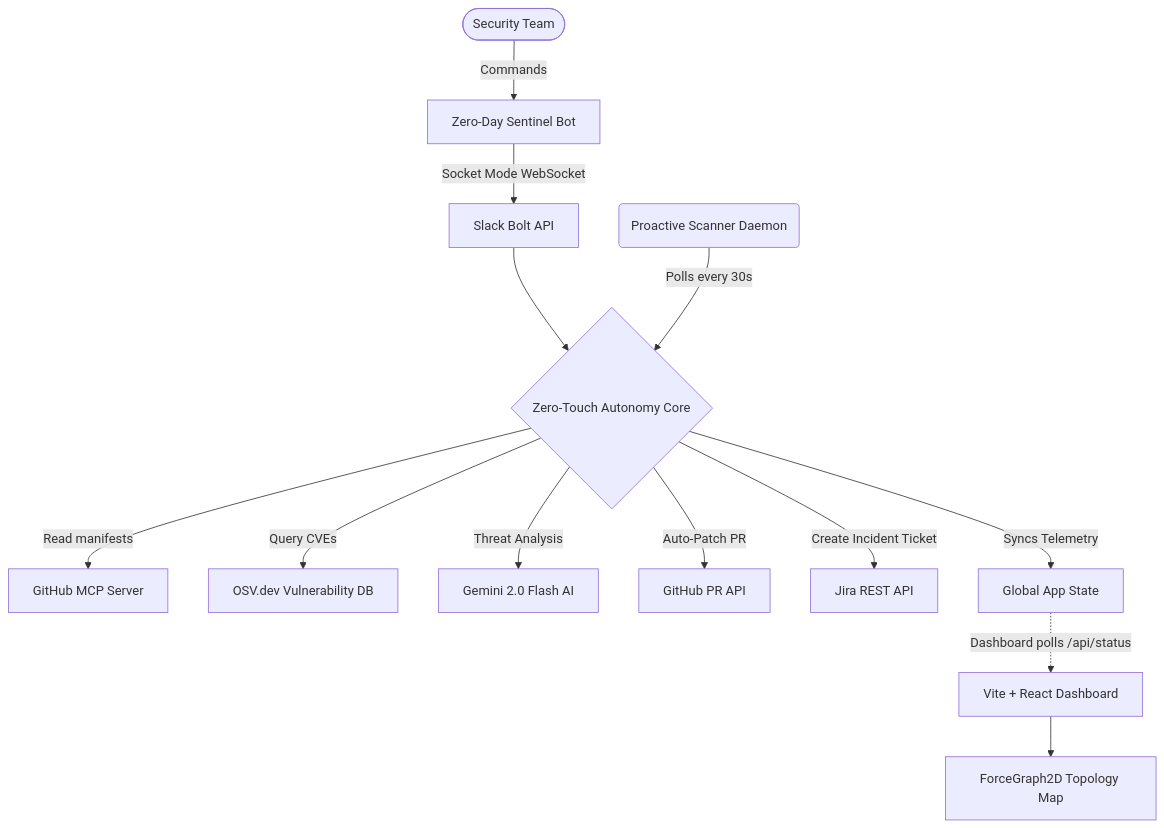
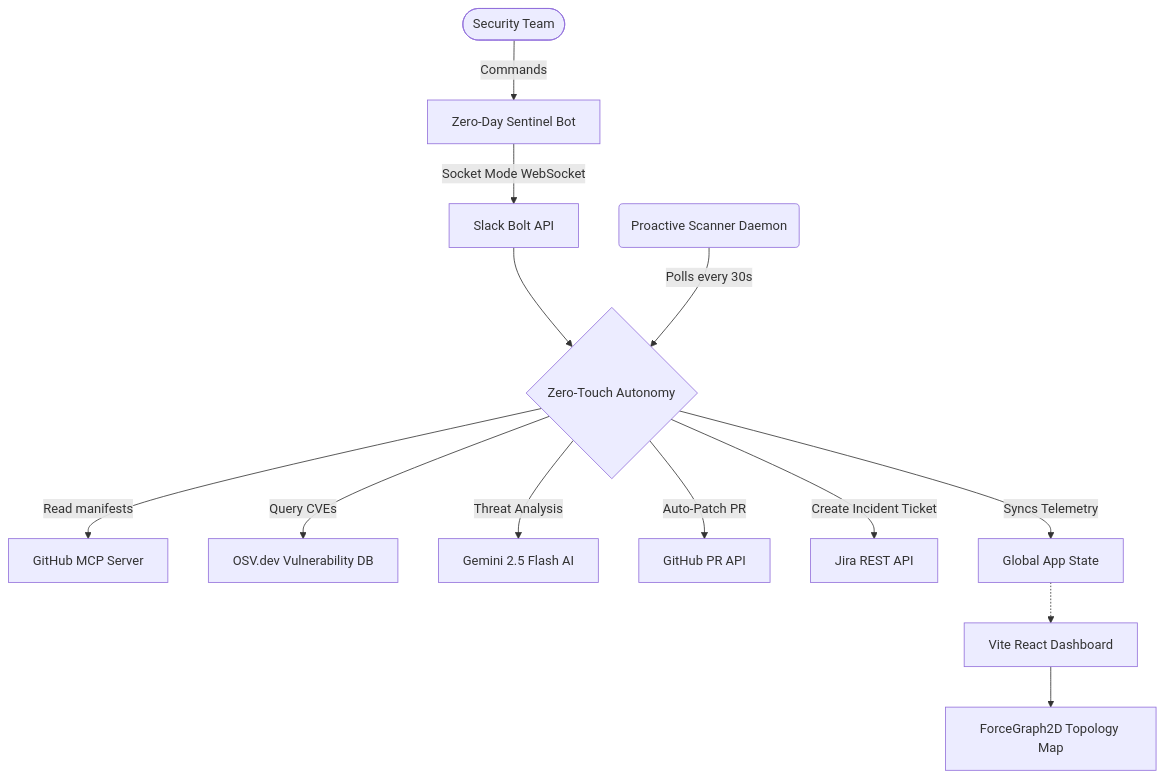
Before and after one commit to bkd-dotcom/slack-zero-day-demo: the diagram in README.md, drawn with Mermaid. The commit also changed other lines of this file, not shown here.

Commit message:
docs: fix mermaid chart rendering syntax and update feature list

````diff
--- a/README.md
+++ b/README.md
@@ -16,24 +17,19 @@
 ```mermaid
-flowchart TD
-    %% 1. Slack Workspace
+graph TD
     User([Security Team]) -->|Commands| SlackApp[Zero-Day Sentinel Bot]
     SlackApp -->|Socket Mode WebSocket| SlackBolt[Slack Bolt API]
 
-    %% 2. Backend Infrastructure
-    SlackBolt --> CoreLogic{Zero-Touch Autonomy Core}
+    SlackBolt --> CoreLogic{Zero-Touch Autonomy}
     Scanner(Proactive Scanner Daemon) -->|Polls every 30s| CoreLogic
     
-    %% 3. External Integrations
     CoreLogic -->|Read manifests| GitHubMCP[GitHub MCP Server]
     CoreLogic -->|Query CVEs| OSV[OSV.dev Vulnerability DB]
-    CoreLogic -->|Threat Analysis| Gemini[Gemini 2.0 Flash AI]
+    CoreLogic -->|Threat Analysis| Gemini[Gemini 2.5 Flash AI]
     
-    %% 4. Auto-Remediation
     CoreLogic -->|Auto-Patch PR| GitHubAPI[GitHub PR API]
     CoreLogic -->|Create Incident Ticket| Jira[Jira REST API]
 
-    %% 5. Dashboard Telemetry
     CoreLogic -->|Syncs Telemetry| State[Global App State]
-    State -.->|Dashboard polls /api/status| Vite[Vite + React Dashboard]
+    State -.-> Vite[Vite React Dashboard]
     Vite --> ForceGraph[ForceGraph2D Topology Map]
 ```
````
